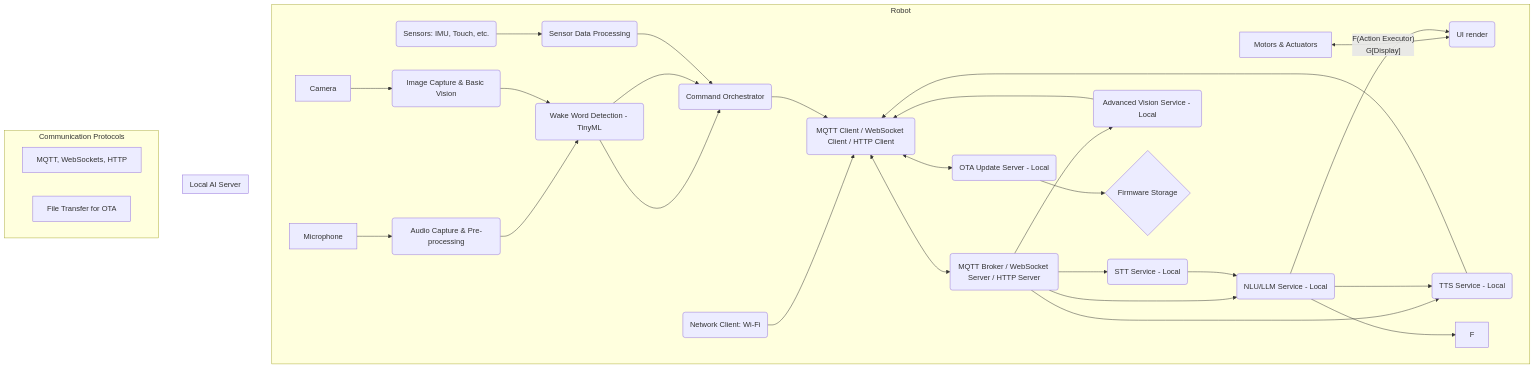
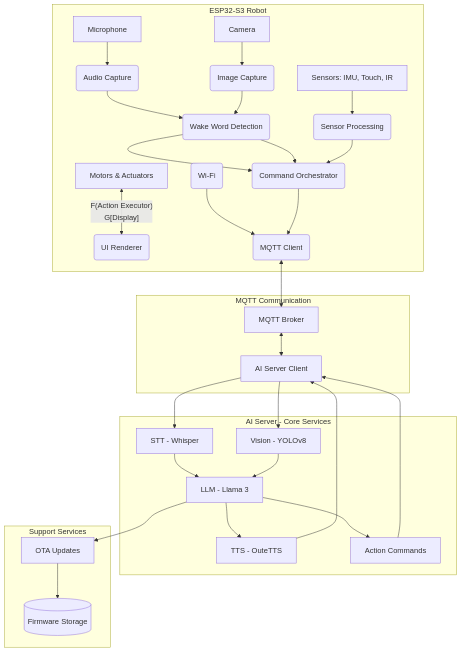
One commit to LilliDarling/robo_naila changed the first of 2 diagrams in docs/FLOW.md. Above: the diagram before and after it, drawn with Mermaid. The commit also changed other lines of this file and 9 other files, not shown here.

Commit message:
Adjusted repo structure, added new architecture plans, added langchain, froze to req

````diff
--- a/docs/FLOW.md
+++ b/docs/FLOW.md
@@ -1,45 +5,39 @@
 ```mermaid
 graph TD
-    subgraph Robot
-        A[Microphone] --> B(Audio Capture & Pre-processing)
-        C[Camera] --> D(Image Capture & Basic Vision)
+    subgraph "ESP32-S3 Robot"
+        A[Microphone] --> B(Audio Capture)
+        C[Camera] --> D(Image Capture)
         E[Motors & Actuators] <-- F(Action Executor)
-        G[Display] --> H(UI render)
-        I(Sensors: IMU, Touch, etc.) --> J(Sensor Data Processing)
-        K(Wake Word Detection - TinyML) --> L(Command Orchestrator)
-        M(Network Client: Wi-Fi) --> N(MQTT Client / WebSocket Client / HTTP Client)
+        G[Display] --> H(UI Renderer)
+        I[Sensors: IMU, Touch, IR] --> J(Sensor Processing)
+        K(Wake Word Detection) --> L(Command Orchestrator)
+        M(Wi-Fi) --> N(MQTT Client)
+        
         B --> K
         D --> K
         K --> L
         J --> L
         L --> N
-        N <--> P(MQTT Broker / WebSocket Server / HTTP Server)
-        P --> Q(STT Service - Local)
-        P --> R(NLU/LLM Service - Local)
-        P --> S(TTS Service - Local)
-        P --> T(Advanced Vision Service - Local)
-        Q --> R
-        R --> S
-        S --> N
-        T --> N
-        R --> F
-        R --> H
-        N <--> U(OTA Update Server - Local)
-        U --> V{Firmware Storage}
     end
 
-    subgraph Local AI Server
-        P
-        Q
-        R
-        S
-        T
-        U
-        V
+    subgraph "MQTT Communication"
+        N <--> BROKER[MQTT Broker]
+        BROKER <--> AI_CLIENT[AI Server Client]
     end
 
-    subgraph Communication Protocols
-        W[MQTT, WebSockets, HTTP]
-        X[File Transfer for OTA]
+    subgraph "AI Server - Core Services"
+        AI_CLIENT --> STT[STT - Whisper]
+        AI_CLIENT --> VISION[Vision - YOLOv8]
+        STT --> LLM[LLM - Llama 3]
+        VISION --> LLM
+        LLM --> TTS[TTS - OuteTTS]
+        TTS --> AI_CLIENT
+        LLM --> ACTIONS[Action Commands]
+        ACTIONS --> AI_CLIENT
+    end
+
+    subgraph "Support Services"
+        LLM --> OTA[OTA Updates]
+        OTA --> FIRMWARE[(Firmware Storage)]
     end
 ```
````
